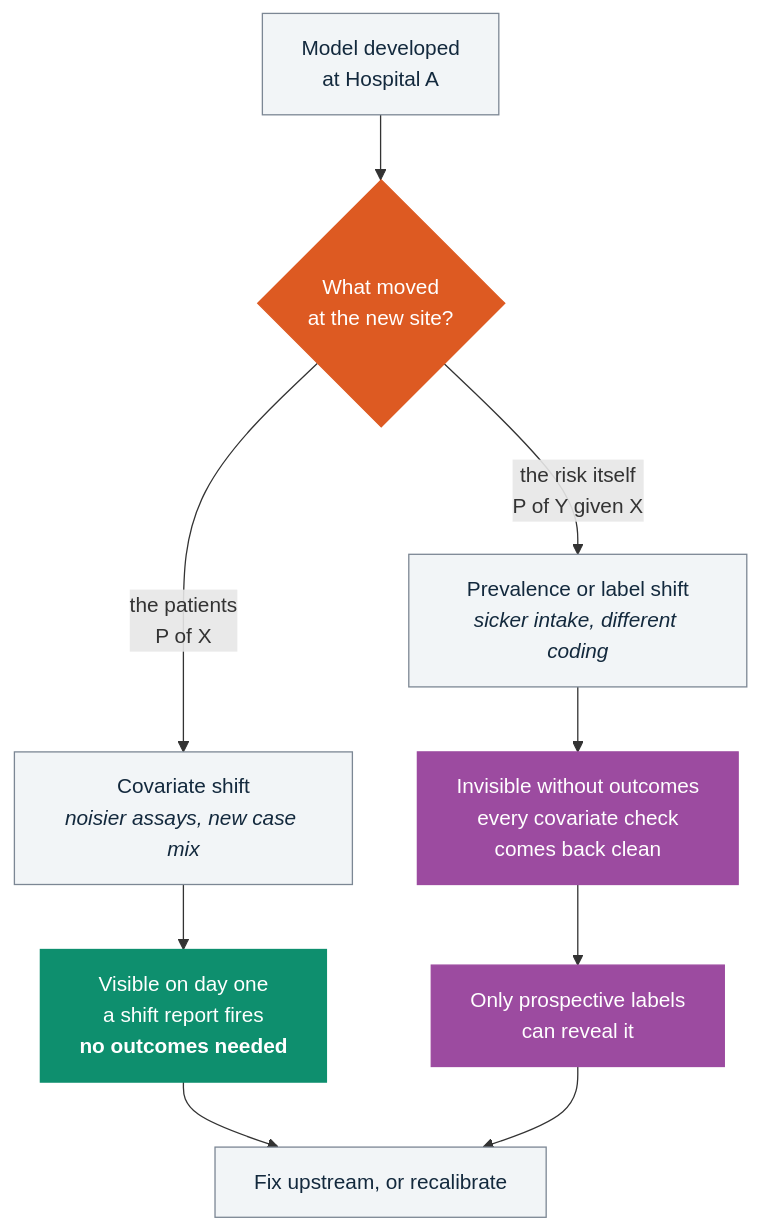
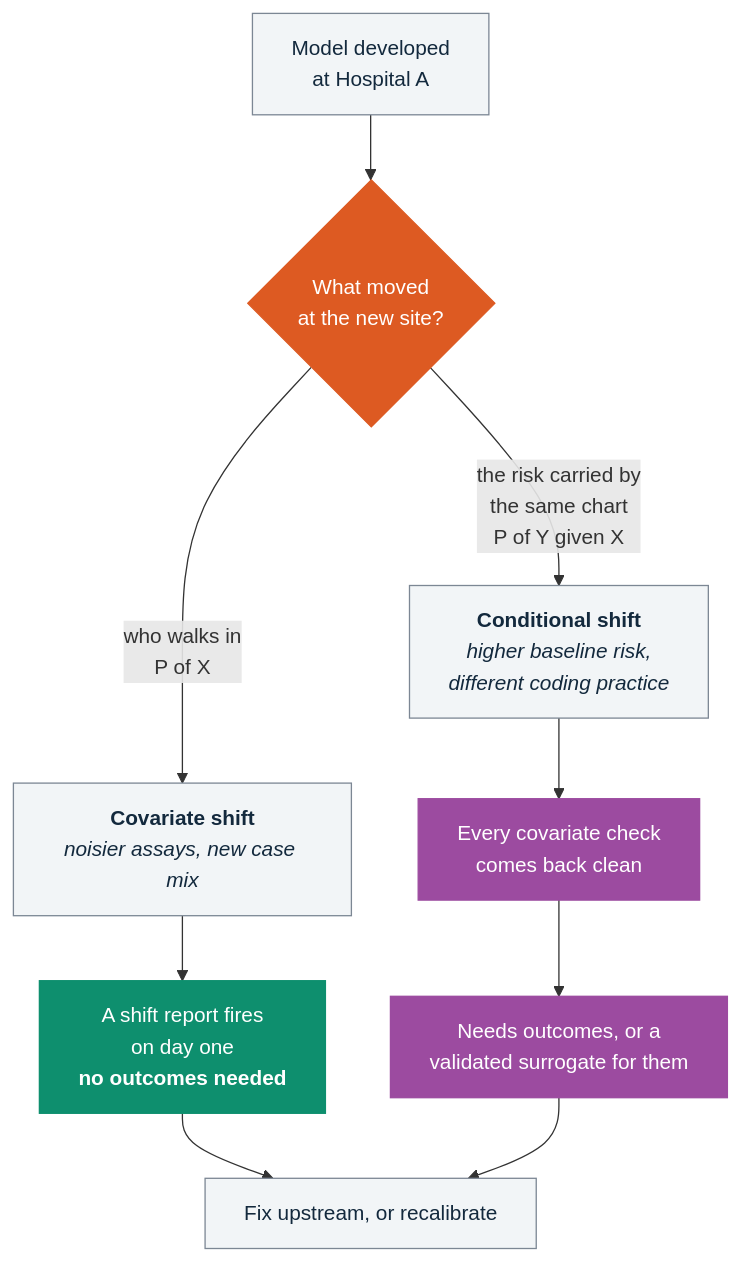
Before and after one commit to vafaei-ar/ai-uncertainty-2026-healthcare: the second of 2 diagrams in README.md, drawn with Mermaid. The commit also changed other lines of this file and 17 other files, not shown here.

````diff
--- a/README.md
+++ b/README.md
@@ -98,23 +98,23 @@
 ```mermaid
 flowchart TD
     A["Model developed<br/>at Hospital A"] --> B{"What moved<br/>at the new site?"}
 
-    B -->|"the patients<br/>P of X"| C["Covariate shift<br/><i>noisier assays, new case mix</i>"]
-    B -->|"the risk itself<br/>P of Y given X"| D["Prevalence or label shift<br/><i>sicker intake, different coding</i>"]
+    B -->|"who walks in<br/>P of X"| C["<b>Covariate shift</b><br/><i>noisier assays, new case mix</i>"]
+    B -->|"the risk carried by<br/>the same chart<br/>P of Y given X"| D["<b>Conditional shift</b><br/><i>higher baseline risk,<br/>different coding practice</i>"]
 
-    C --> E["Visible on day one<br/>a shift report fires<br/><b>no outcomes needed</b>"]
-    D --> F["Invisible without outcomes<br/>every covariate check<br/>comes back clean"]
+    C --> E["A shift report fires<br/>on day one<br/><b>no outcomes needed</b>"]
+    D --> F["Every covariate check<br/>comes back clean"]
 
     E --> G["Fix upstream, or recalibrate"]
-    F --> H["Only prospective labels<br/>can reveal it"]
+    F --> H["Needs outcomes, or a<br/>validated surrogate for them"]
     H --> G
 
     classDef q fill:#DD5A22,stroke:#DD5A22,color:#FFFFFF
     classDef good fill:#0E8F6E,stroke:#0E8F6E,color:#FFFFFF
     classDef bad fill:#9C4BA0,stroke:#9C4BA0,color:#FFFFFF
     classDef plain fill:#F2F5F7,stroke:#7C8794,color:#13293D
     class B q
     class E good
     class F,H bad
     class A,C,D,G plain
 ```
````
